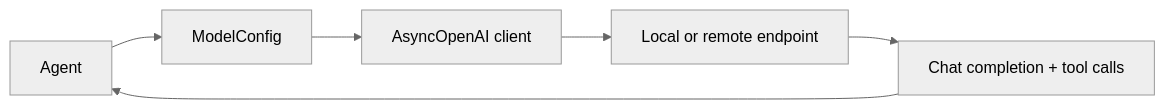
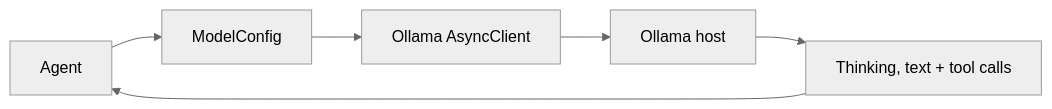
One commit to LS-Stray-Synapses/Axol changed the diagram in docs/Architecture/Model Interface Layer.md. Above: the diagram before and after it, drawn with Mermaid (neutral theme). The commit also changed other lines of this file and 13 other files, not shown here.

Commit message:
- Chagned OpenAI to Ollama library - Added streaming for thinking, text, tool_call, tool_result, etc. - Updated documentations

````diff
--- a/docs/Architecture/Model Interface Layer.md
+++ b/docs/Architecture/Model Interface Layer.md
@@ -57,8 +60,8 @@
 ```mermaid
 flowchart LR
     Agent[Agent] --> Config[ModelConfig]
-    Config --> Client[AsyncOpenAI client]
-    Client --> Model[Local or remote endpoint]
-    Model --> Response[Chat completion + tool calls]
+    Config --> Client[Ollama AsyncClient]
+    Client --> Model[Ollama host]
+    Model --> Response[Thinking, text + tool calls]
     Response --> Agent
 ```
````
